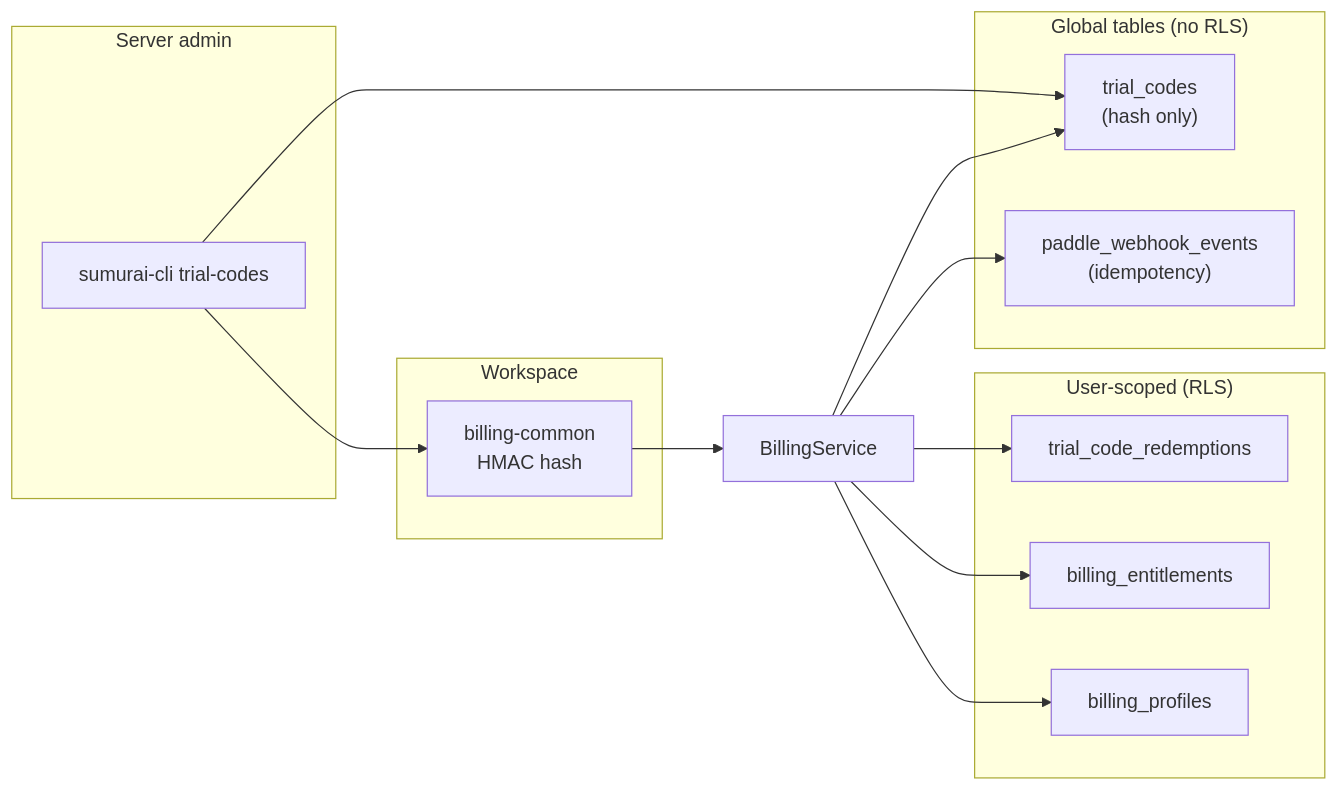
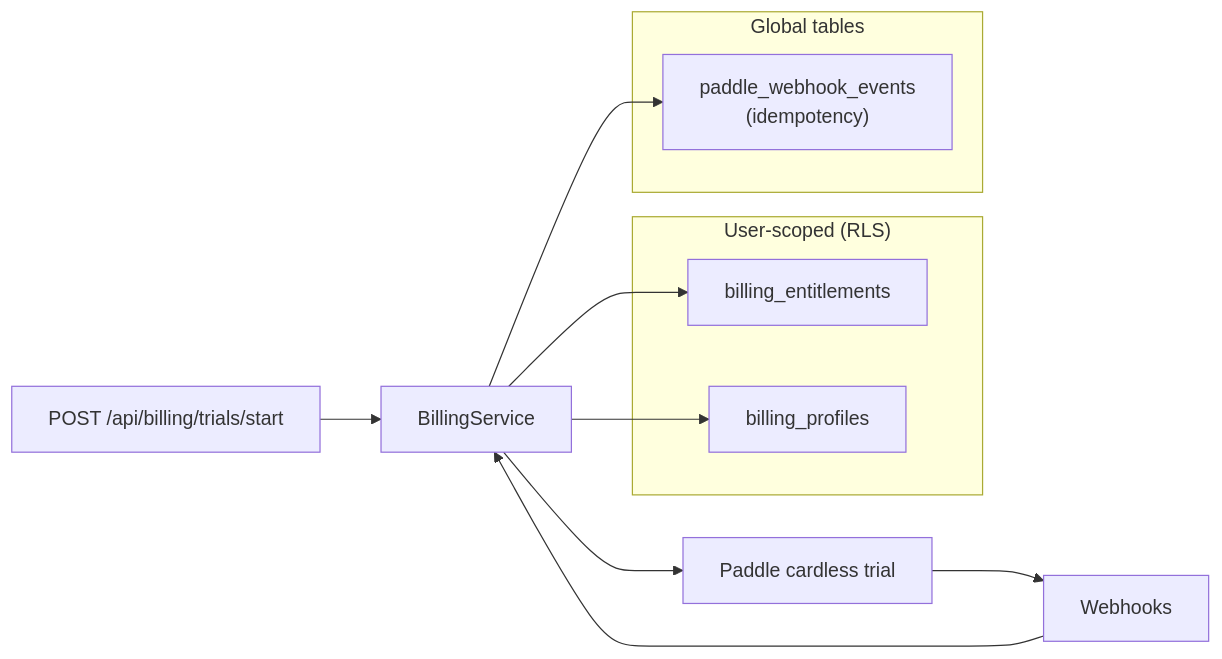
The first of 3 diagrams in docs/PRODUCTION_BILLING.md (TwoBitFoundry/sumurai), drawn with Mermaid before and after one commit. The commit also changed other lines of this file and 16 other files, not shown here.

First line of the commit message:
chore: remove trial-codes CLI and billing-common (open-paddle-trials-cleanup Phase 2).

````diff
--- a/docs/PRODUCTION_BILLING.md
+++ b/docs/PRODUCTION_BILLING.md
@@ -53,23 +54,16 @@
 ```mermaid
 flowchart LR
-    subgraph Admin["Server admin"]
-        CLI["sumurai-cli trial-codes"]
-    end
-    subgraph Inventory["Global tables (no RLS)"]
-        TC["trial_codes\n(hash only)"]
-        PWE["paddle_webhook_events\n(idempotency)"]
-    end
     subgraph Tenant["User-scoped (RLS)"]
-        TCR["trial_code_redemptions"]
         BE["billing_entitlements"]
         BP["billing_profiles"]
     end
-    subgraph Shared["Workspace"]
-        BC["billing-common\nHMAC hash"]
+    subgraph Global["Global tables"]
+        PWE["paddle_webhook_events\n(idempotency)"]
     end
 
-    CLI --> BC
-    CLI --> TC
-    BC --> Backend["BillingService"]
-    Backend --> TC & TCR & BE & BP & PWE
+    Start["POST /api/billing/trials/start"] --> Backend["BillingService"]
+    Backend --> Paddle["Paddle cardless trial"]
+    Paddle --> WH["Webhooks"]
+    WH --> Backend
+    Backend --> BE & BP & PWE
 ```
````
